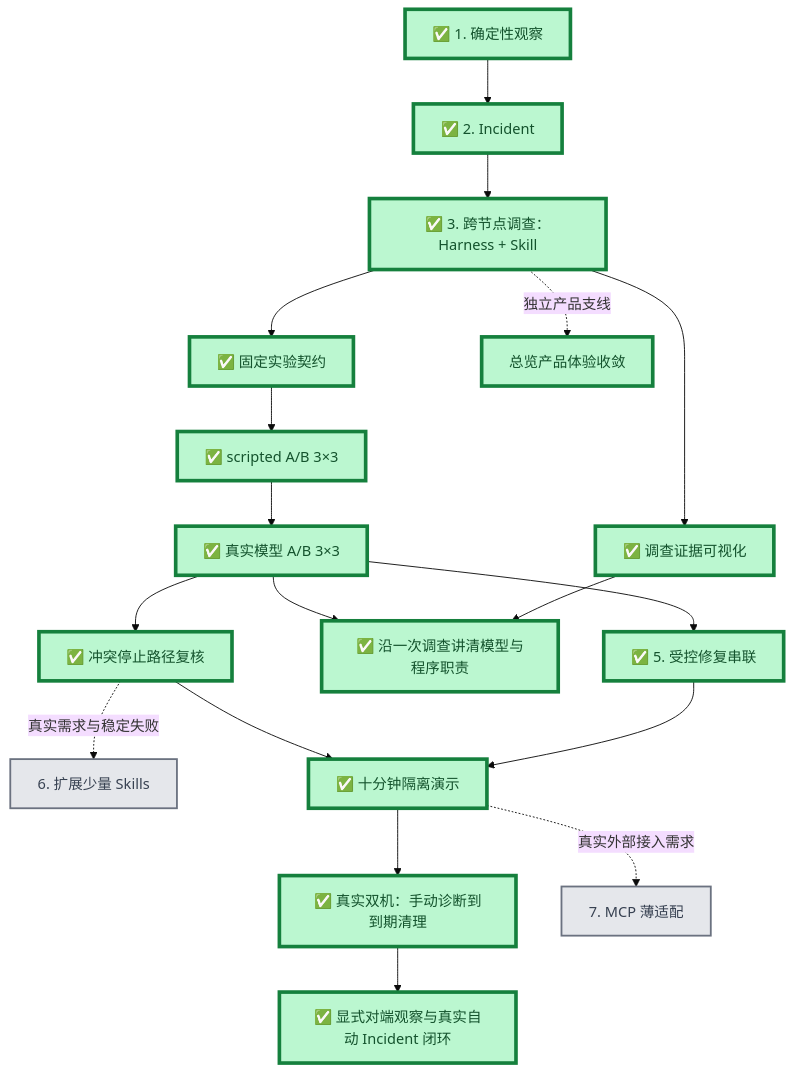
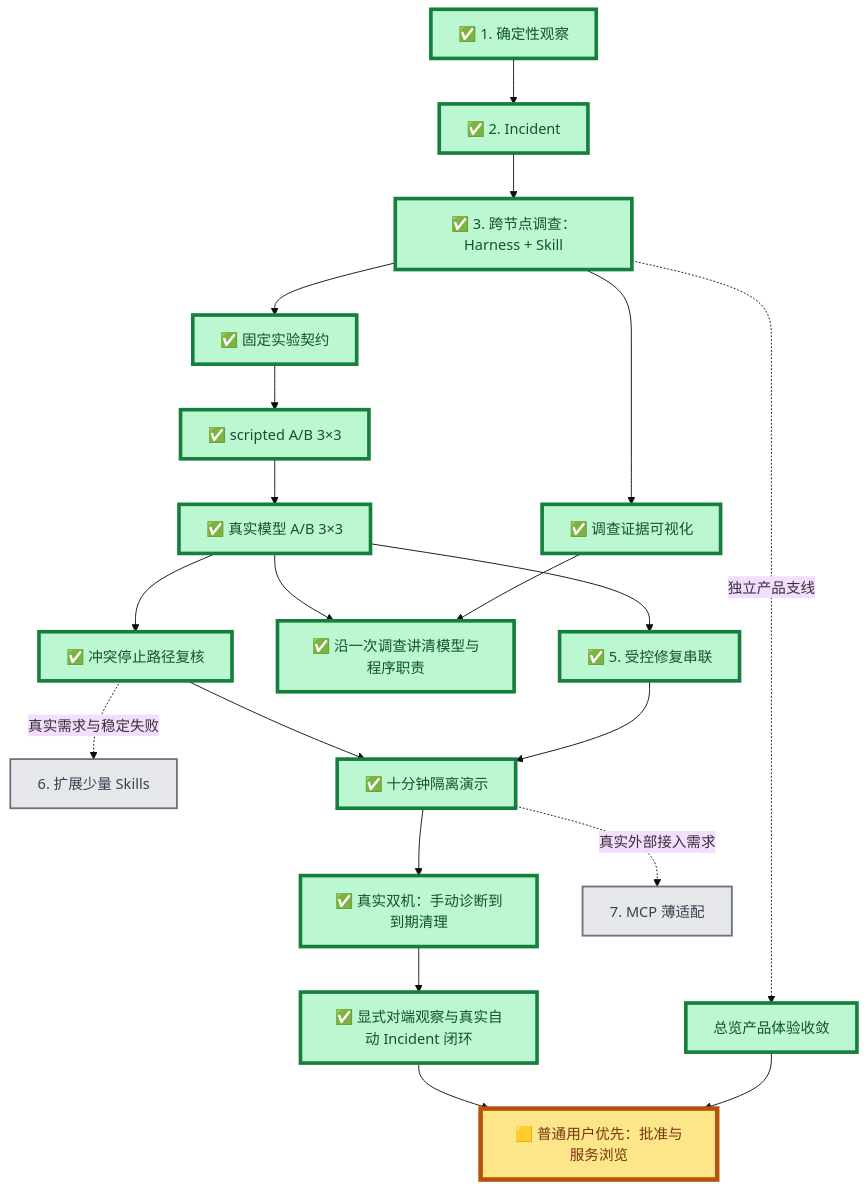
The first of 2 diagrams in docs/project/roadmap.md (Sugarfarmeriod/TunnelMinion), drawn with Mermaid (base theme) before and after one commit. The commit also changed other lines of this file and 13 other files, not shown here.

````diff
--- a/docs/project/roadmap.md
+++ b/docs/project/roadmap.md
@@ -8,33 +8,36 @@
 ```mermaid
 flowchart TB
     A["✅ 1. 确定性观察"] --> B["✅ 2. Incident"]
     B --> C["✅ 3. 跨节点调查：Harness + Skill"]
 
     C --> D1["✅ 固定实验契约"]
     D1 --> D2["✅ scripted A/B 3×3"]
     D2 --> D3["✅ 真实模型 A/B 3×3"]
 
     D3 --> E["✅ 5. 受控修复串联"]
     C --> V["✅ 调查证据可视化"]
     V --> W["✅ 沿一次调查讲清模型与程序职责"]
     D3 --> W
     D3 --> F["✅ 冲突停止路径复核"]
     F -.真实需求与稳定失败.-> K["6. 扩展少量 Skills"]
     E --> H["✅ 十分钟隔离演示"]
     F --> H
     H --> R["✅ 真实双机：手动诊断到到期清理"]
     R --> I["✅ 显式对端观察与真实自动 Incident 闭环"]
     H -.真实外部接入需求.-> G["7. MCP 薄适配"]
 
     C -.独立产品支线.-> U["总览产品体验收敛"]
+    U --> P["🟨 普通用户优先：批准与服务浏览"]
+    I --> P
 
     classDef done fill:#bbf7d0,stroke:#15803d,stroke-width:4px,color:#14532d;
     classDef current fill:#fde68a,stroke:#b45309,stroke-width:5px,color:#78350f;
     classDef next fill:#bfdbfe,stroke:#1d4ed8,stroke-width:3px,color:#1e3a8a;
     classDef later fill:#e5e7eb,stroke:#6b7280,stroke-width:2px,color:#374151;
     class A,B,C,D1,D2,D3,E,F,H,R,V done;
     class U done;
     class W done;
     class I done;
     class G,K later;
+    class P current;
 ```
````
